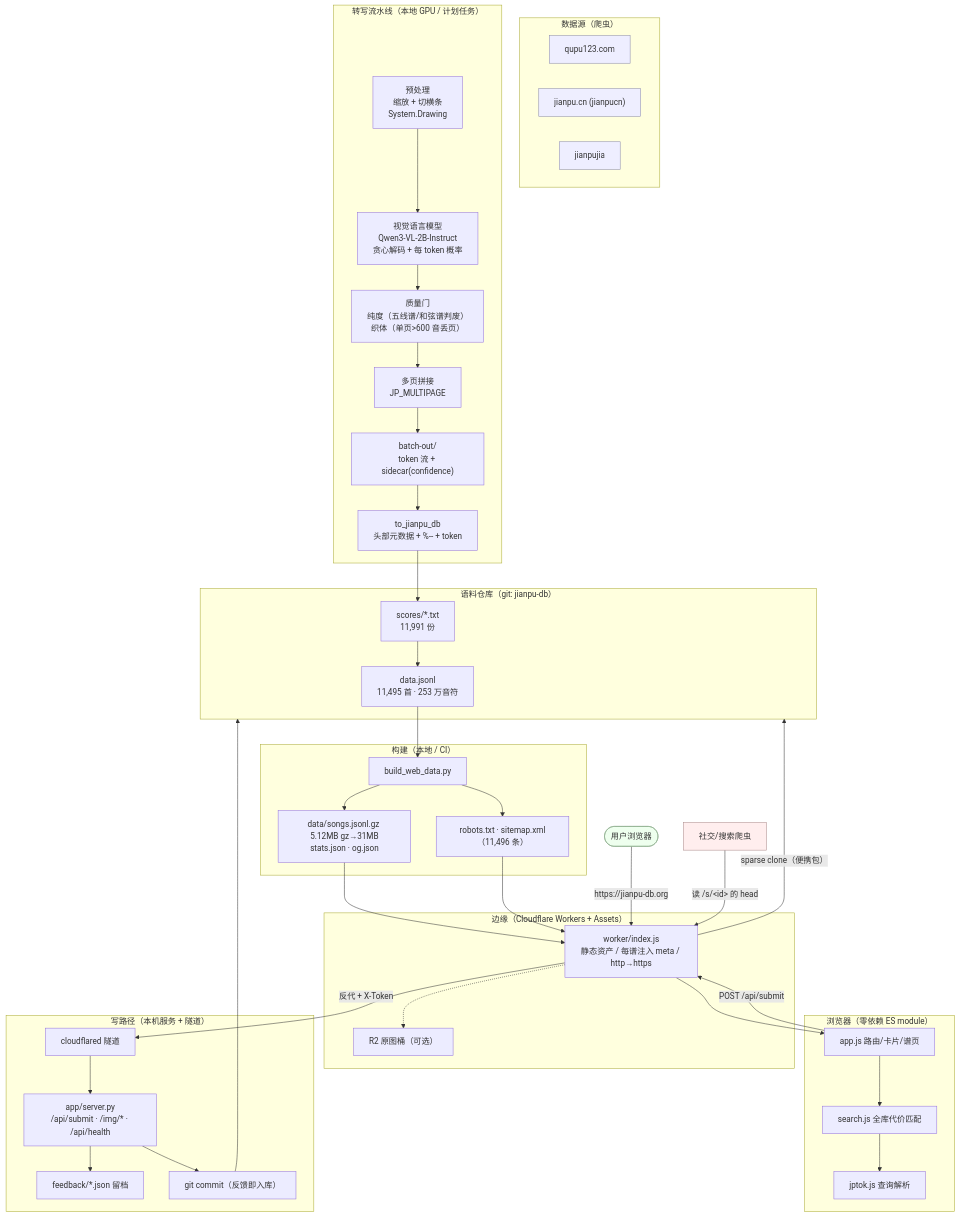
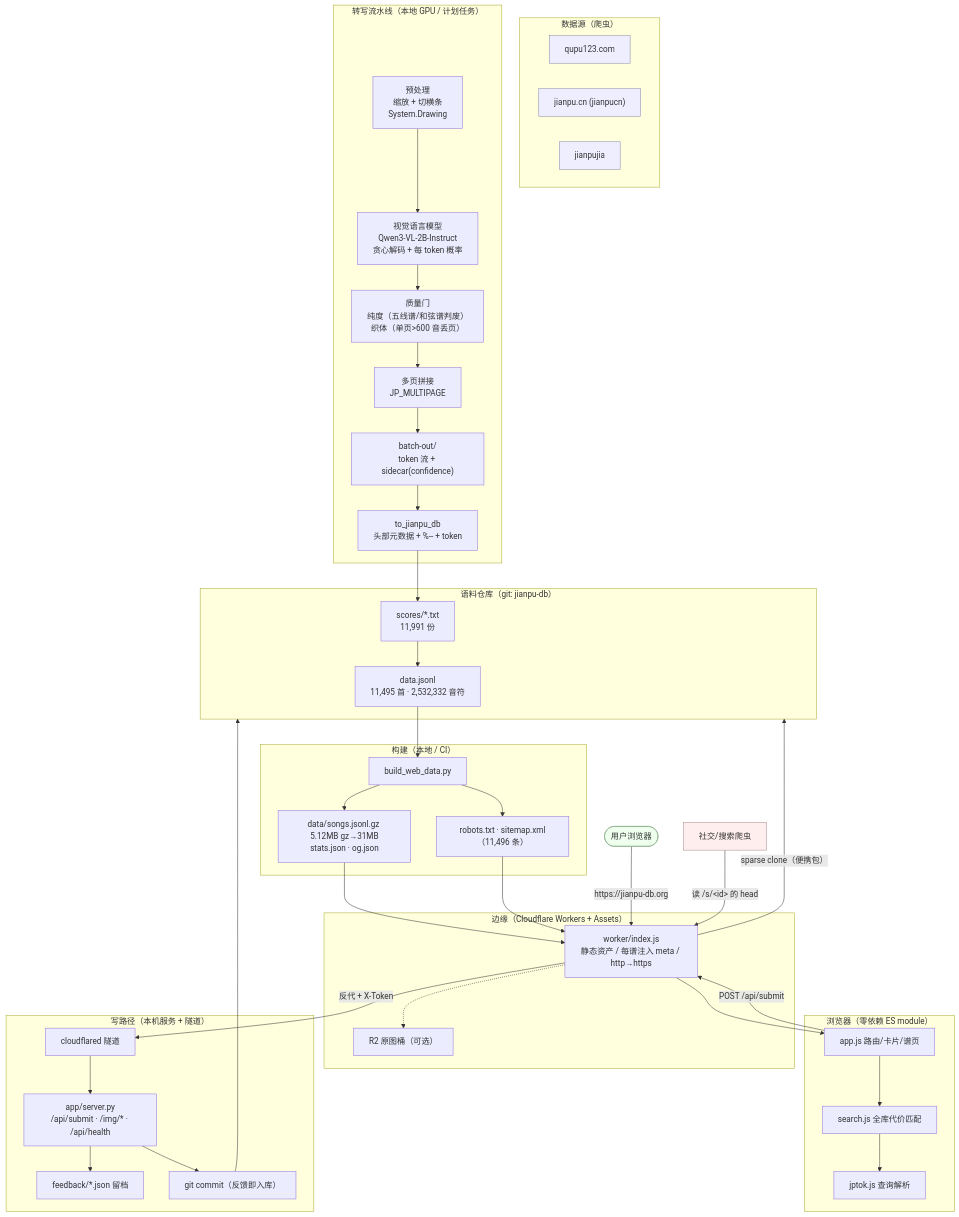
The diagram in docs/ARCHITECTURE.md (jianpu-db/jianpu-db.github.io), drawn with Mermaid before and after one commit.

Commit message:
docs: 架构文档里的音符数改成精确值(2,532,332), 与 README/技术栈文档口径一致
自检脚本抓到的: README 徽章里的数字是 URL 编码的(2%2C532%2C332), 而架构图里写的是"253 万" ——
同一套数字在三份文档里必须一模一样, 否则面试时对不上。README 那边解码后即一致。

````diff
--- a/docs/ARCHITECTURE.md
+++ b/docs/ARCHITECTURE.md
@@ -8,71 +8,71 @@
 ```mermaid
 flowchart TB
   subgraph SRC["数据源（爬虫）"]
     Q1["qupu123.com"]:::src
     Q2["jianpu.cn (jianpucn)"]:::src
     Q3["jianpujia"]:::src
   end
 
   subgraph PIPE["转写流水线（本地 GPU / 计划任务）"]
     PRE["预处理<br/>缩放 + 切横条<br/>System.Drawing"]
     VLM["视觉语言模型<br/>Qwen3-VL-2B-Instruct<br/>贪心解码 + 每 token 概率"]
     GATE["质量门<br/>纯度（五线谱/和弦谱判废）<br/>织体（单页>600 音丢页）"]
     MP["多页拼接<br/>JP_MULTIPAGE"]
     BO["batch-out/<br/>token 流 + sidecar(confidence)"]
     CONV["to_jianpu_db<br/>头部元数据 + %-- + token"]
     PRE --> VLM --> GATE --> MP --> BO --> CONV
   end
 
   subgraph CORPUS["语料仓库（git: jianpu-db）"]
     SCORES["scores/*.txt<br/>11,991 份"]
-    JSONL["data.jsonl<br/>11,495 首 · 253 万音符"]
+    JSONL["data.jsonl<br/>11,495 首 · 2,532,332 音符"]
     CONV --> SCORES --> JSONL
   end
 
   subgraph BUILD["构建（本地 / CI）"]
     BWD["build_web_data.py"]
     IDX["data/songs.jsonl.gz 5.12MB gz→31MB<br/>stats.json · og.json"]
     SEO["robots.txt · sitemap.xml（11,496 条）"]
     JSONL --> BWD --> IDX
     BWD --> SEO
   end
 
   subgraph EDGE["边缘（Cloudflare Workers + Assets）"]
     W["worker/index.js<br/>静态资产 / 每谱注入 meta / http→https"]
     R2["R2 原图桶（可选）"]
     IDX --> W
     SEO --> W
     W -.-> R2
   end
 
   subgraph BROWSER["浏览器（零依赖 ES module）"]
     APP["app.js 路由/卡片/谱页"]
     SEARCH["search.js 全库代价匹配"]
     JPT["jptok.js 查询解析"]
     APP --> SEARCH --> JPT
   end
 
   subgraph WRITE["写路径（本机服务 + 隧道）"]
     TUN["cloudflared 隧道"]
     SRV["app/server.py<br/>/api/submit · /img/* · /api/health"]
     FB["feedback/*.json 留档"]
     GIT["git commit（反馈即入库）"]
     TUN --> SRV --> FB
     SRV --> GIT
   end
 
   SOC["社交/搜索爬虫"]:::bot
   USER(["用户浏览器"]):::user
 
   USER -->|"https://jianpu-db.org"| W
   W --> APP
   APP -->|"POST /api/submit"| W
   W -->|"反代 + X-Token"| TUN
   GIT --> CORPUS
   SOC -->|"读 /s/&lt;id&gt; 的 head"| W
   W -->|"sparse clone（便携包）"| CORPUS
 
   classDef src fill:#eef,stroke:#88a
   classDef bot fill:#fee,stroke:#a88
   classDef user fill:#efe,stroke:#8a8
 ```
````
